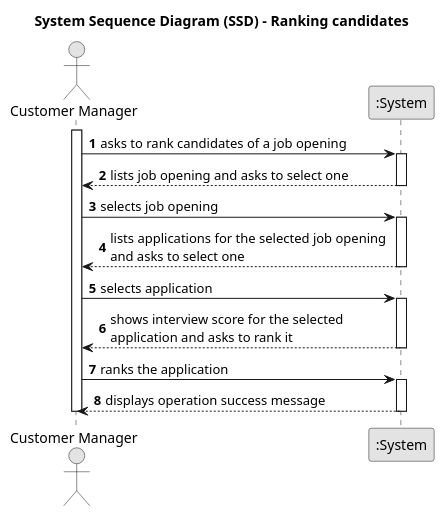
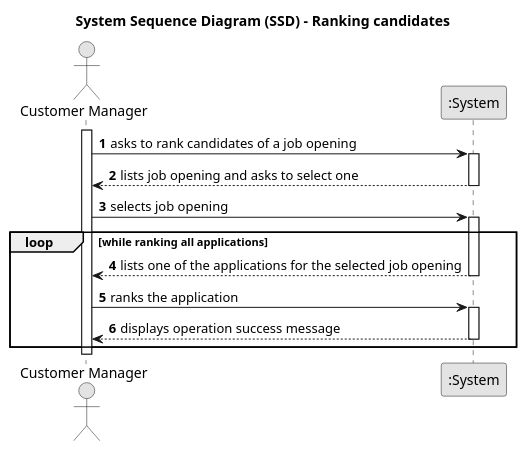
Before and after one commit to MiguelCardoso77/LAPR4: the diagram in docs/SprintC/rank-candidates-for-job-opening/system-sequence-diagram.puml, drawn with PlantUML. The commit also changed 4 other files, not shown here.

```diff
--- a/docs/SprintC/rank-candidates-for-job-opening/system-sequence-diagram.puml
+++ b/docs/SprintC/rank-candidates-for-job-opening/system-sequence-diagram.puml
@@ -1,42 +1,39 @@
 @startuml
 skinparam monochrome true
 skinparam packageStyle rectangle
 skinparam shadowing false
 
 title System Sequence Diagram (SSD) - Ranking candidates
 
 autonumber
 
 actor "Customer Manager" as CMAN
 participant ":System" as System
 
 activate CMAN
 
     CMAN -> System : asks to rank candidates of a job opening
     activate System
 
 
        System --> CMAN : lists job opening and asks to select one
     deactivate System
 
     CMAN -> System : selects job opening
     activate System
 
-        System --> CMAN : lists applications for the selected job opening \nand asks to select one
-    deactivate System
+loop while ranking all applications
 
-    CMAN -> System : selects application
-    activate System
-
-        System --> CMAN : shows interview score for the selected \napplication and asks to rank it
+        System --> CMAN : lists one of the applications for the selected job opening
     deactivate System
 
     CMAN -> System : ranks the application
     activate System
 
         System --> CMAN : displays operation success message
     deactivate System
+end loop
 
 deactivate CMAN
 
 @enduml
```
